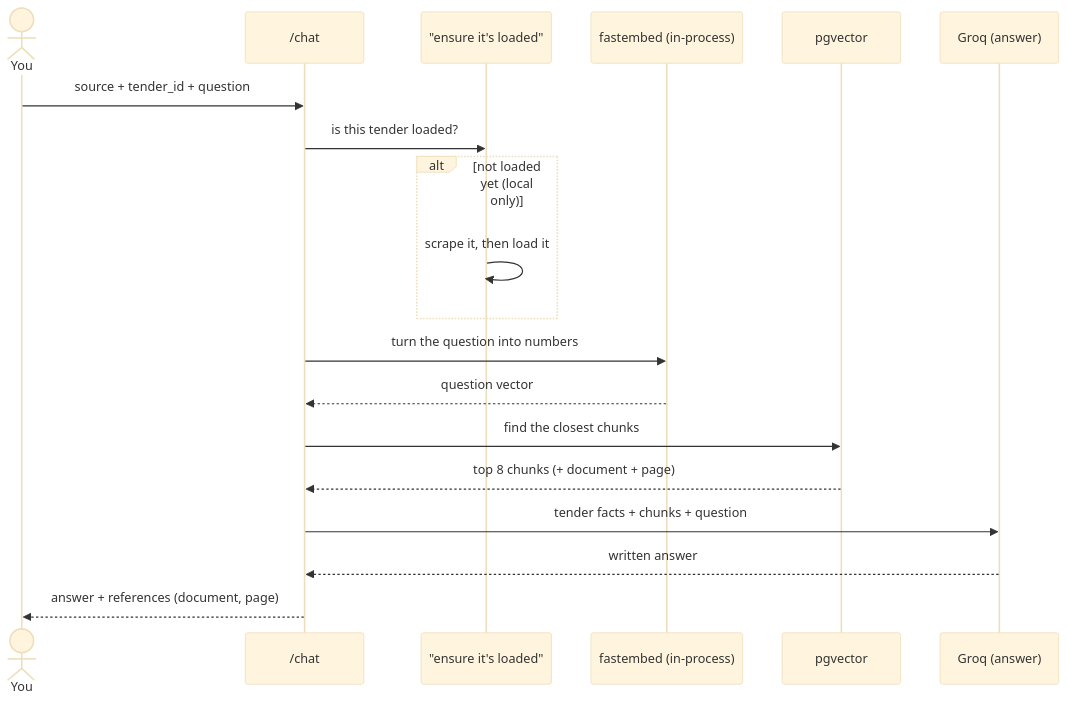
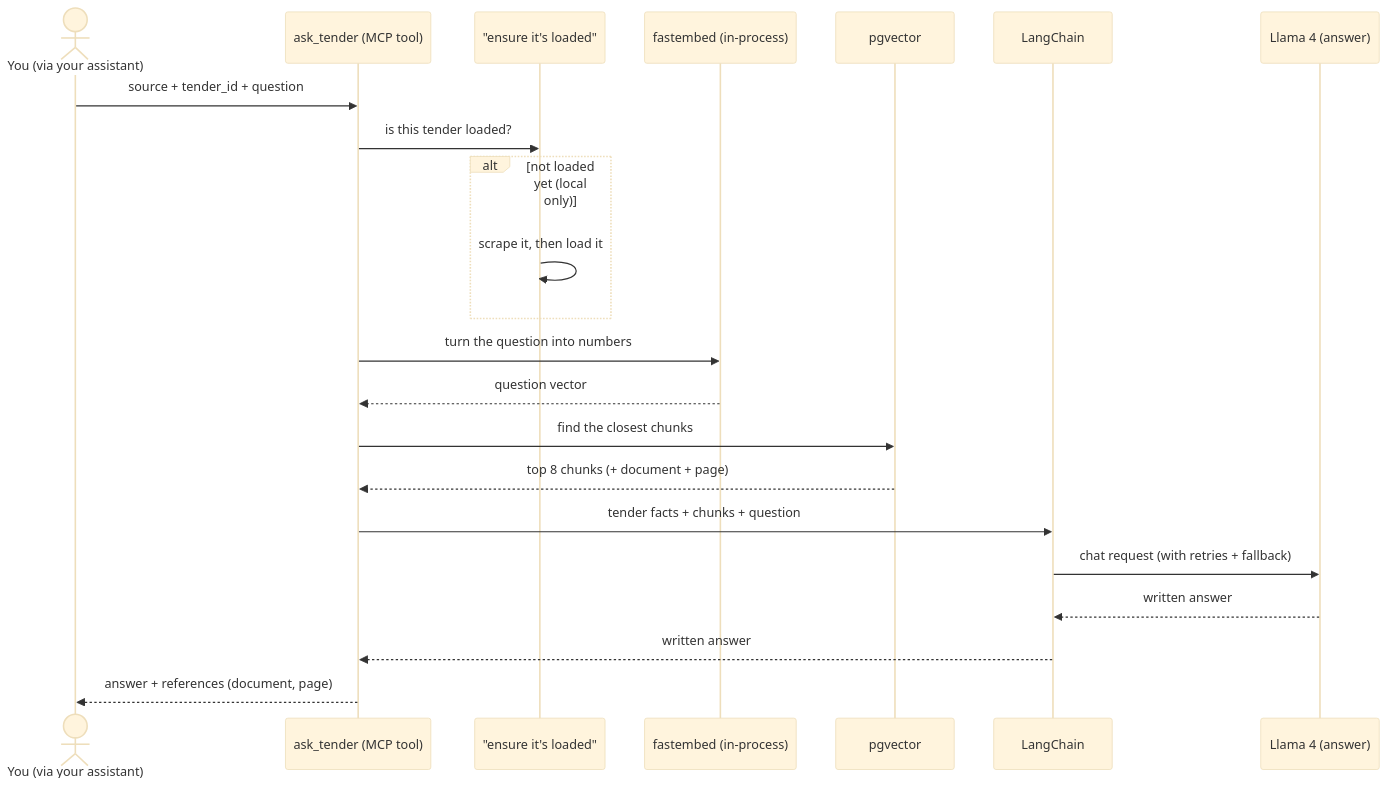
One commit to j4rv1ss/tender-rag-mcp changed the fourth of 6 diagrams in docs/architecture.md. Above: the diagram before and after it, drawn with Mermaid (base theme). The commit also changed other lines of this file and 20 other files, not shown here.

First line of the commit message:
Replace FastAPI HTTP layer with an MCP server

````diff
--- a/docs/architecture.md
+++ b/docs/architecture.md
@@ -158,21 +165,24 @@
 ```mermaid
 sequenceDiagram
-  actor U as You
-  participant API as /chat
+  actor U as You (via your assistant)
+  participant API as ask_tender (MCP tool)
   participant F as "ensure it's loaded"
   participant E as fastembed (in-process)
   participant PG as pgvector
-  participant G as Groq (answer)
+  participant LC as LangChain
+  participant G as Llama 4 (answer)
   U->>API: source + tender_id + question
   API->>F: is this tender loaded?
   alt not loaded yet (local only)
     F->>F: scrape it, then load it
   end
   API->>E: turn the question into numbers
   E-->>API: question vector
   API->>PG: find the closest chunks
   PG-->>API: top 8 chunks (+ document + page)
-  API->>G: tender facts + chunks + question
-  G-->>API: written answer
+  API->>LC: tender facts + chunks + question
+  LC->>G: chat request (with retries + fallback)
+  G-->>LC: written answer
+  LC-->>API: written answer
   API-->>U: answer + references (document, page)
 ```
````
